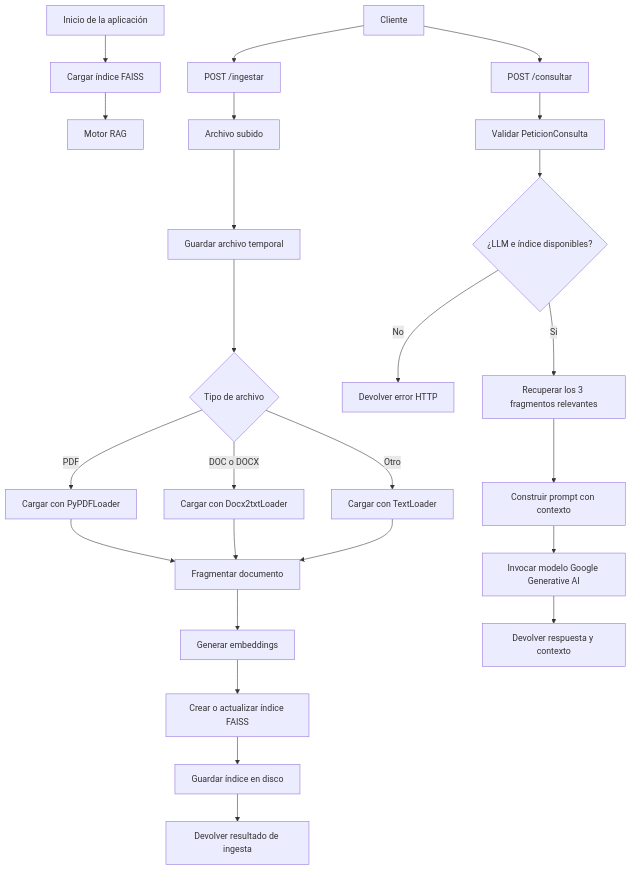
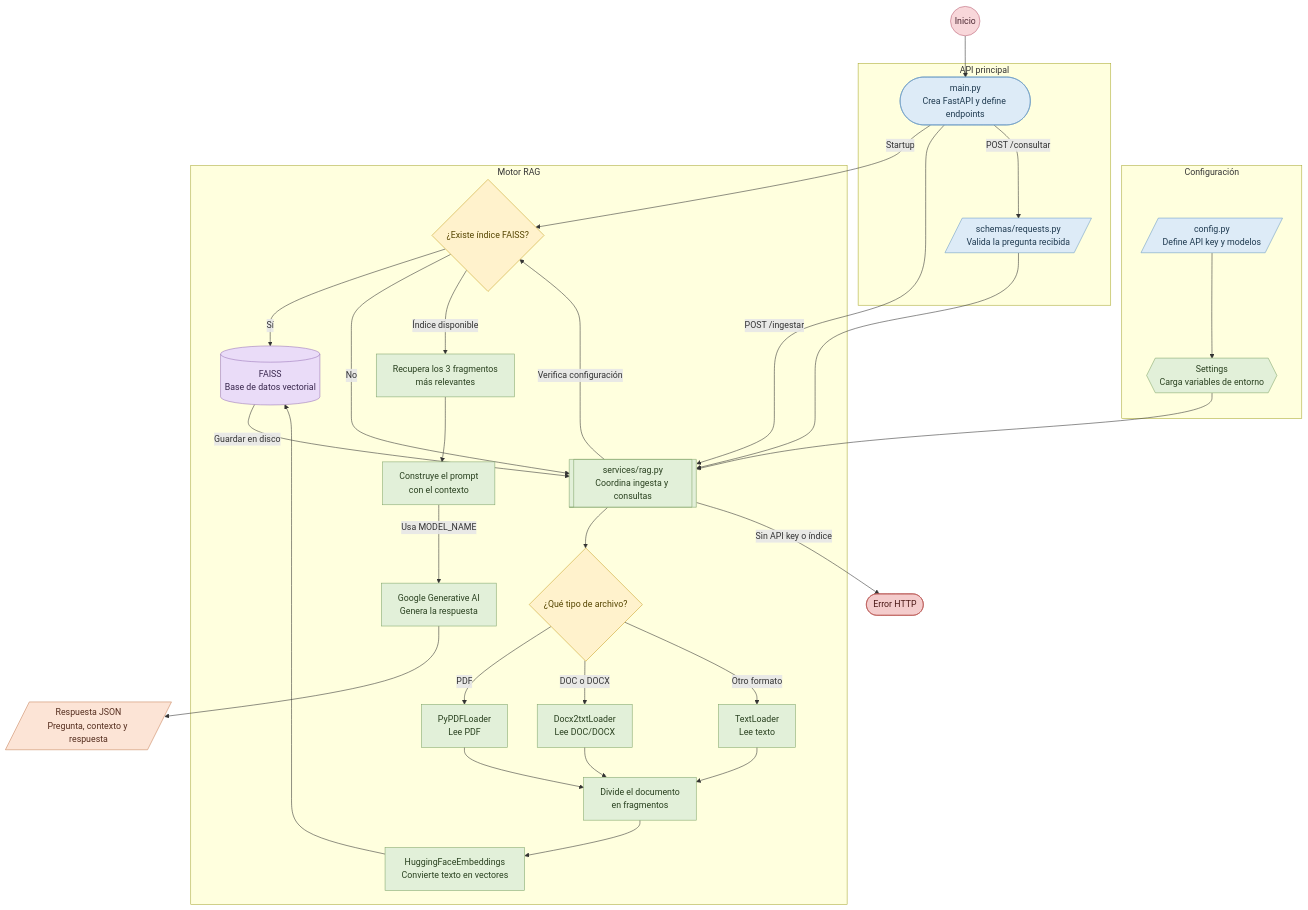
The diagram in flowchart/flowchart.mmd (RobbeAlex/DocuMind_AI), drawn with Mermaid before and after one commit.

Commit message:
Actualizar diagrama de flujo para reflejar la estructura de ingesta y consulta en la aplicación

```diff
--- a/flowchart/flowchart.mmd
+++ b/flowchart/flowchart.mmd
@@ -1,33 +1,76 @@
 flowchart TD
-    Cliente["Cliente"] --> Ingesta["POST /ingestar"]
-    Cliente --> Consulta["POST /consultar"]
+    Inicio(("Inicio"))
 
-    Inicio["Inicio de la aplicación"] --> Cargar["Cargar índice FAISS"]
-    Cargar --> Motor["Motor RAG"]
+    subgraph Configuracion["Configuración"]
+        Config[/config.py<br/>Define API key y modelos/]
+        Settings{{"Settings<br/>Carga variables de entorno"}}
+        Config --> Settings
+    end
 
-    Ingesta --> Archivo["Archivo subido"]
-    Archivo --> Temporal["Guardar archivo temporal"]
-    Temporal --> Tipo{"Tipo de archivo"}
+    subgraph API["API principal"]
+        Main(["main.py<br/>Crea FastAPI y define endpoints"])
+        Peticion[/schemas/requests.py<br/>Valida la pregunta recibida/]
+    end
 
-    Tipo -->|PDF| PDF["Cargar con PyPDFLoader"]
-    Tipo -->|DOC o DOCX| DOCX["Cargar con Docx2txtLoader"]
-    Tipo -->|Otro| Texto["Cargar con TextLoader"]
+    subgraph MotorRAG["Motor RAG"]
+        Rag[["services/rag.py<br/>Coordina ingesta y consultas"]]
+        Cargar{"¿Existe índice FAISS?"}
+        Tipo{"¿Qué tipo de archivo?"}
+        PDF["PyPDFLoader<br/>Lee PDF"]
+        DOCX["Docx2txtLoader<br/>Lee DOC/DOCX"]
+        Texto["TextLoader<br/>Lee texto"]
+        Fragmentar["Divide el documento<br/>en fragmentos"]
+        Embeddings["HuggingFaceEmbeddings<br/>Convierte texto en vectores"]
+        Indice[("FAISS<br/>Base de datos vectorial")]
+        Recuperar["Recupera los 3 fragmentos<br/>más relevantes"]
+        Prompt["Construye el prompt<br/>con el contexto"]
+        LLM["Google Generative AI<br/>Genera la respuesta"]
+    end
 
-    PDF --> Fragmentar["Fragmentar documento"]
+    Respuesta[/Respuesta JSON<br/>Pregunta, contexto y respuesta/]
+    Error(["Error HTTP"])
+
+    Inicio --> Main
+    Settings --> Rag
+    Main -->|Startup| Cargar
+    Cargar -->|Sí| Indice
+    Cargar -->|No| Rag
+
+    Main -->|POST /ingestar| Rag
+    Rag --> Tipo
+    Tipo -->|PDF| PDF
+    Tipo -->|DOC o DOCX| DOCX
+    Tipo -->|Otro formato| Texto
+
+    PDF --> Fragmentar
     DOCX --> Fragmentar
     Texto --> Fragmentar
+    Fragmentar --> Embeddings
+    Embeddings --> Indice
+    Indice -->|Guardar en disco| Rag
 
-    Fragmentar --> Embeddings["Generar embeddings"]
-    Embeddings --> Indice["Crear o actualizar índice FAISS"]
-    Indice --> Guardar["Guardar índice en disco"]
-    Guardar --> ResultadoIngesta["Devolver resultado de ingesta"]
+    Main -->|POST /consultar| Peticion
+    Peticion --> Rag
+    Rag -->|Verifica configuración| Cargar
+    Cargar -->|Índice disponible| Recuperar
+    Recuperar --> Prompt
+    Prompt -->|Usa MODEL_NAME| LLM
+    LLM --> Respuesta
 
-    Consulta --> Peticion["Validar PeticionConsulta"]
-    Peticion --> Verificar{"¿LLM e índice disponibles?"}
+    Rag -->|Sin API key o índice| Error
 
-    Verificar -->|No| Error["Devolver error HTTP"]
-    Verificar -->|Sí| Recuperar["Recuperar los 3 fragmentos relevantes"]
+    classDef inicio fill:#F8D7DA,stroke:#B85C70,color:#4A2630
+    classDef archivo fill:#DDEBF7,stroke:#6B9AC4,color:#1F3A50
+    classDef proceso fill:#E2F0D9,stroke:#82A66B,color:#29401F
+    classDef decision fill:#FFF2CC,stroke:#C9A227,color:#554500
+    classDef datos fill:#EADCF8,stroke:#9875B8,color:#38264D
+    classDef salida fill:#FCE4D6,stroke:#C9825B,color:#542D1E
+    classDef error fill:#F4CCCC,stroke:#B85450,color:#4A1715
 
-    Recuperar --> Prompt["Construir prompt con contexto"]
-    Prompt --> LLM["Invocar modelo Google Generative AI"]
-    LLM --> ResultadoConsulta["Devolver respuesta y contexto"]
+    class Inicio inicio
+    class Config,Main,Peticion archivo
+    class Settings,Rag,PDF,DOCX,Texto,Fragmentar,Embeddings,Recuperar,Prompt,LLM proceso
+    class Cargar,Tipo decision
+    class Indice datos
+    class Respuesta salida
+    class Error error
```
